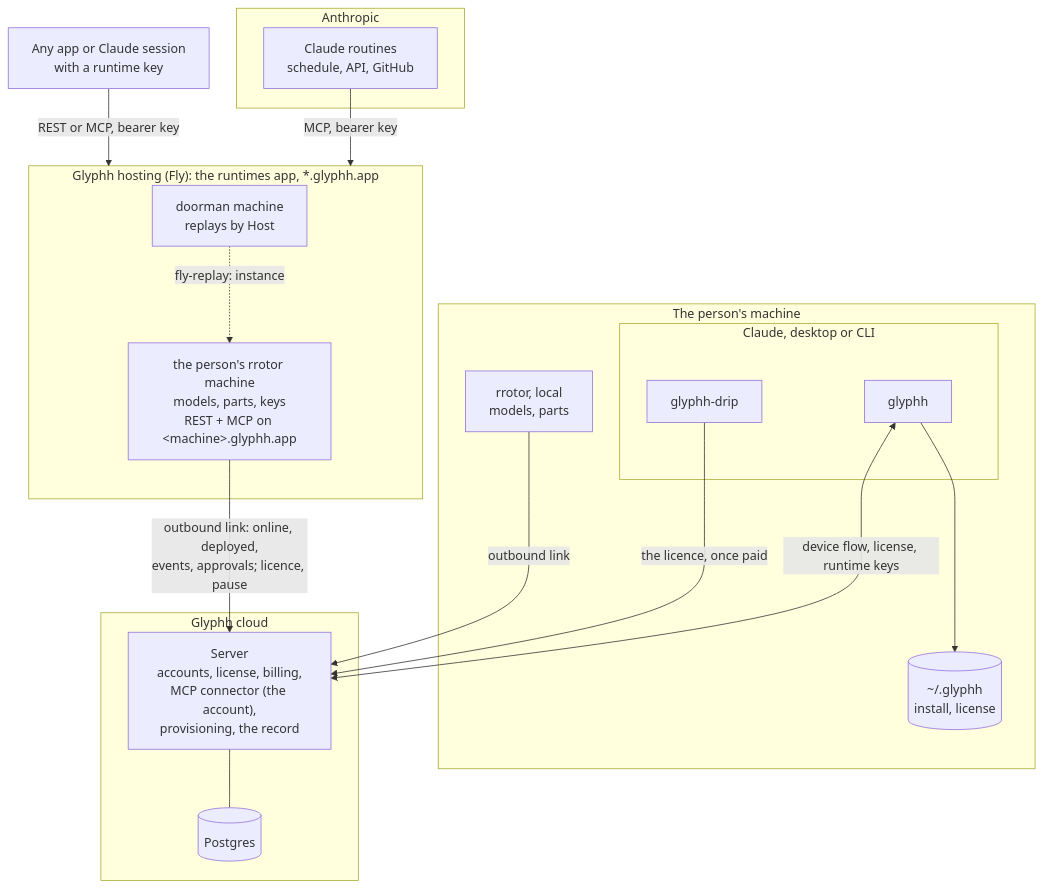
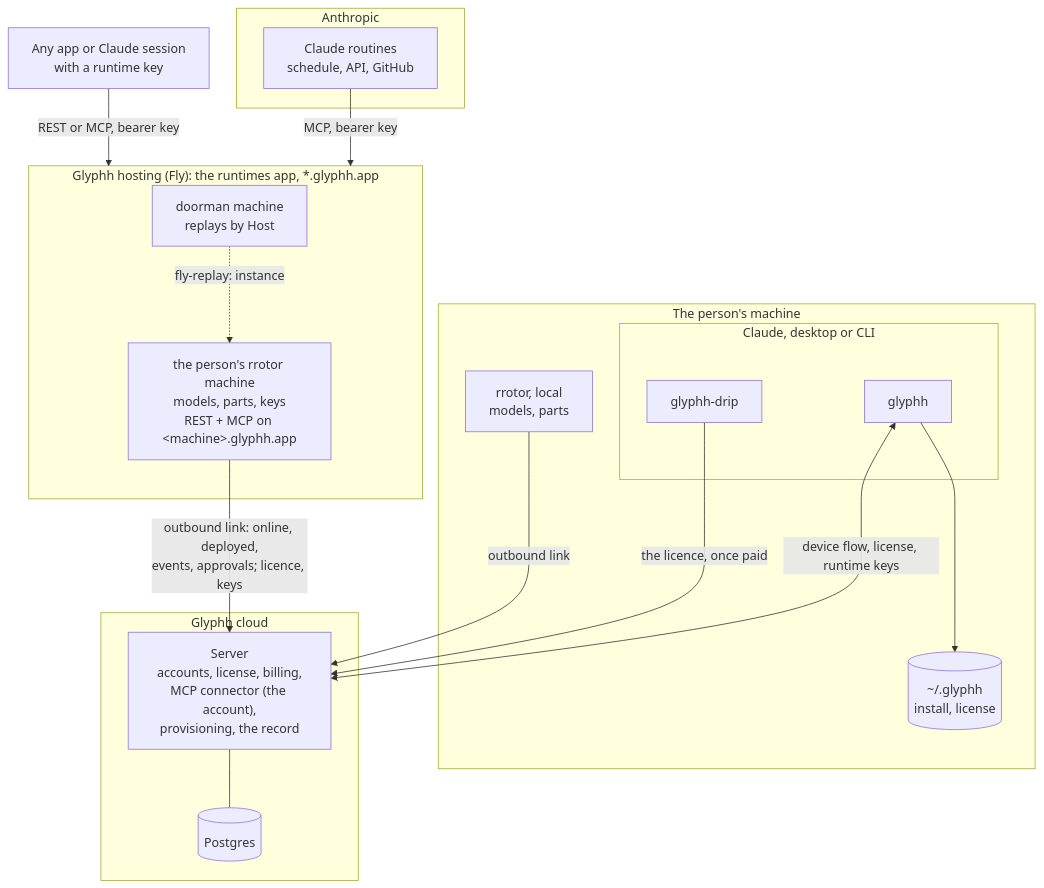
One commit to glyphh-ai/server changed the first of 3 diagrams in docs/architecture.md. Above: the diagram before and after it, drawn with Mermaid. The commit also changed other lines of this file and 1 other file, not shown here.

Commit message:
Docs: the tick under an advisory lock, metering by the time since each machine was last metered, the hosting due reported on an Enterprise revoke or lapse, no pause down the link

````diff
--- a/docs/architecture.md
+++ b/docs/architecture.md
@@ -25,37 +25,37 @@
 ```mermaid
 flowchart TB
     subgraph Machine["The person's machine"]
         subgraph Claude["Claude, desktop or CLI"]
             Base["glyphh"]
             Fun["glyphh-drip"]
         end
         LocalRotor["rrotor, local<br/>models, parts"]
         Local[("~/.glyphh<br/>install, license")]
         Base --> Local
     end
 
     subgraph Anthropic["Anthropic"]
         Routine["Claude routines<br/>schedule, API, GitHub"]
     end
 
     Apps["Any app or Claude session<br/>with a runtime key"]
 
     subgraph Cloud["Glyphh cloud"]
         API["Server<br/>accounts, license, billing,<br/>MCP connector (the account),<br/>provisioning, the record"]
         DB[("Postgres")]
         API --- DB
     end
 
     subgraph Fly["Glyphh hosting (Fly): the runtimes app, *.glyphh.app"]
         Door["doorman machine<br/>replays by Host"]
         Rotor["the person's rrotor machine<br/>models, parts, keys<br/>REST + MCP on &lt;machine&gt;.glyphh.app"]
         Door -. "fly-replay: instance" .-> Rotor
     end
 
     Base <-- "device flow, license, runtime keys" --> API
     Fun -- "the licence, once paid" --> API
     Routine -- "MCP, bearer key" --> Fly
     Apps -- "REST or MCP, bearer key" --> Fly
-    Rotor -- "outbound link: online, deployed,<br/>events, approvals; licence, pause" --> API
+    Rotor -- "outbound link: online, deployed,<br/>events, approvals; licence, keys" --> API
     LocalRotor -- "outbound link" --> API
 ```
````
